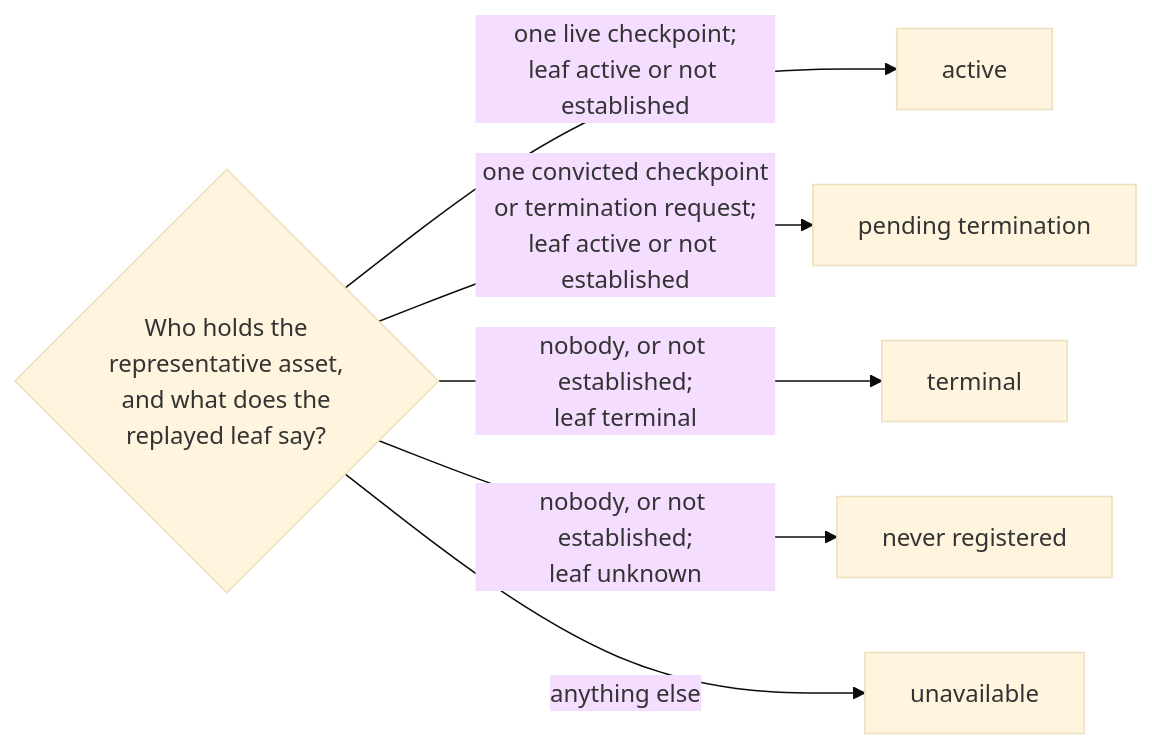
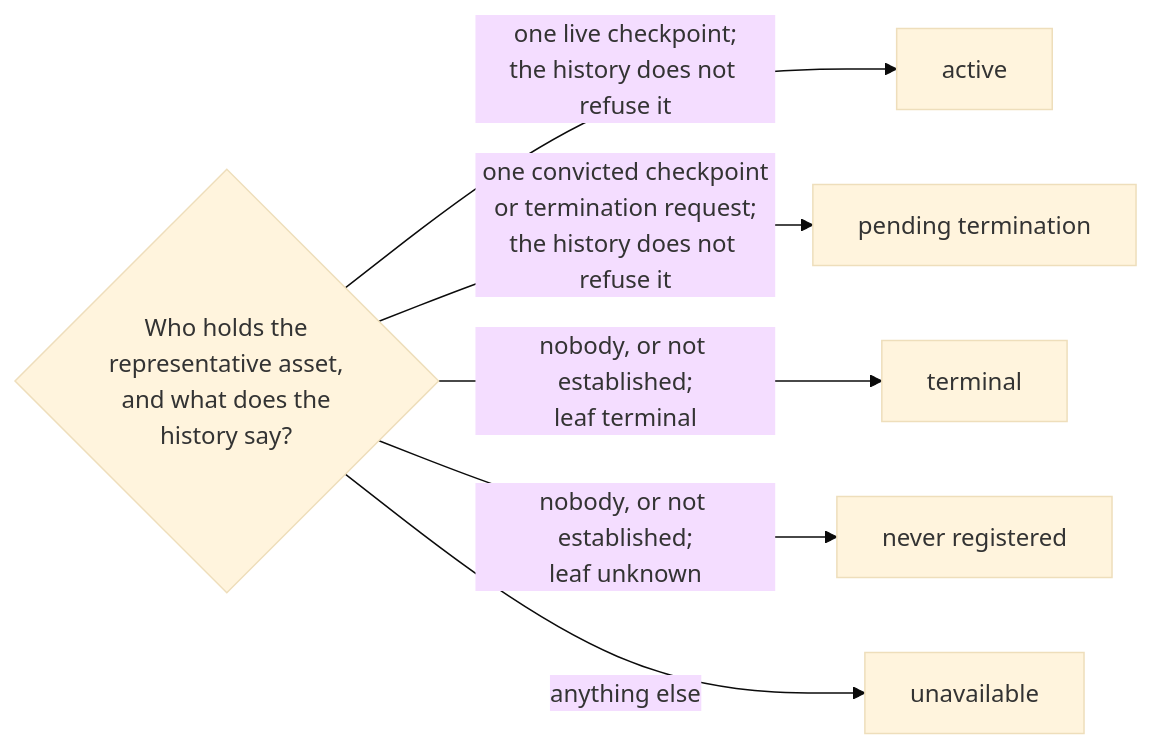
One commit to lambdasistemi/cardano-keri changed the fifth of 5 diagrams in docs/design/consumer-identity.md. Above: the diagram before and after it, drawn with Mermaid (base theme). The commit also changed other lines of this file and 20 other files, not shown here.

First line of the commit message:
docs: a history that refutes itself contradicts, complete or not

````diff
--- a/docs/design/consumer-identity.md
+++ b/docs/design/consumer-identity.md
@@ -605,9 +632,9 @@
 ```mermaid
 flowchart LR
-  H{"Who holds the<br/>representative asset,<br/>and what does the<br/>replayed leaf say?"}
-  H -->|"one live checkpoint;<br/>leaf active or not established"| A["active"]
-  H -->|"one convicted checkpoint<br/>or termination request;<br/>leaf active or not established"| P["pending termination"]
+  H{"Who holds the<br/>representative asset,<br/>and what does the<br/>history say?"}
+  H -->|"one live checkpoint;<br/>the history does not refuse it"| A["active"]
+  H -->|"one convicted checkpoint<br/>or termination request;<br/>the history does not refuse it"| P["pending termination"]
   H -->|"nobody, or not established;<br/>leaf terminal"| T["terminal"]
   H -->|"nobody, or not established;<br/>leaf unknown"| N["never registered"]
   H -->|"anything else"| U["unavailable"]
 ```
````
